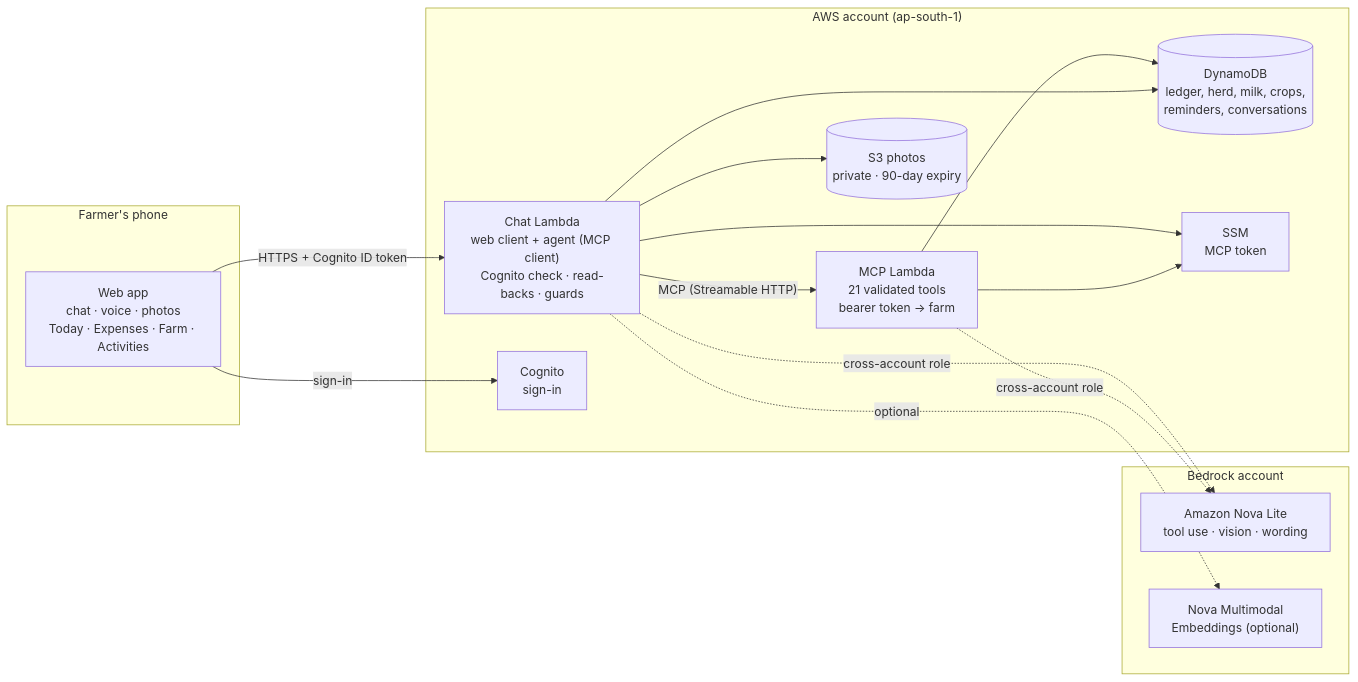
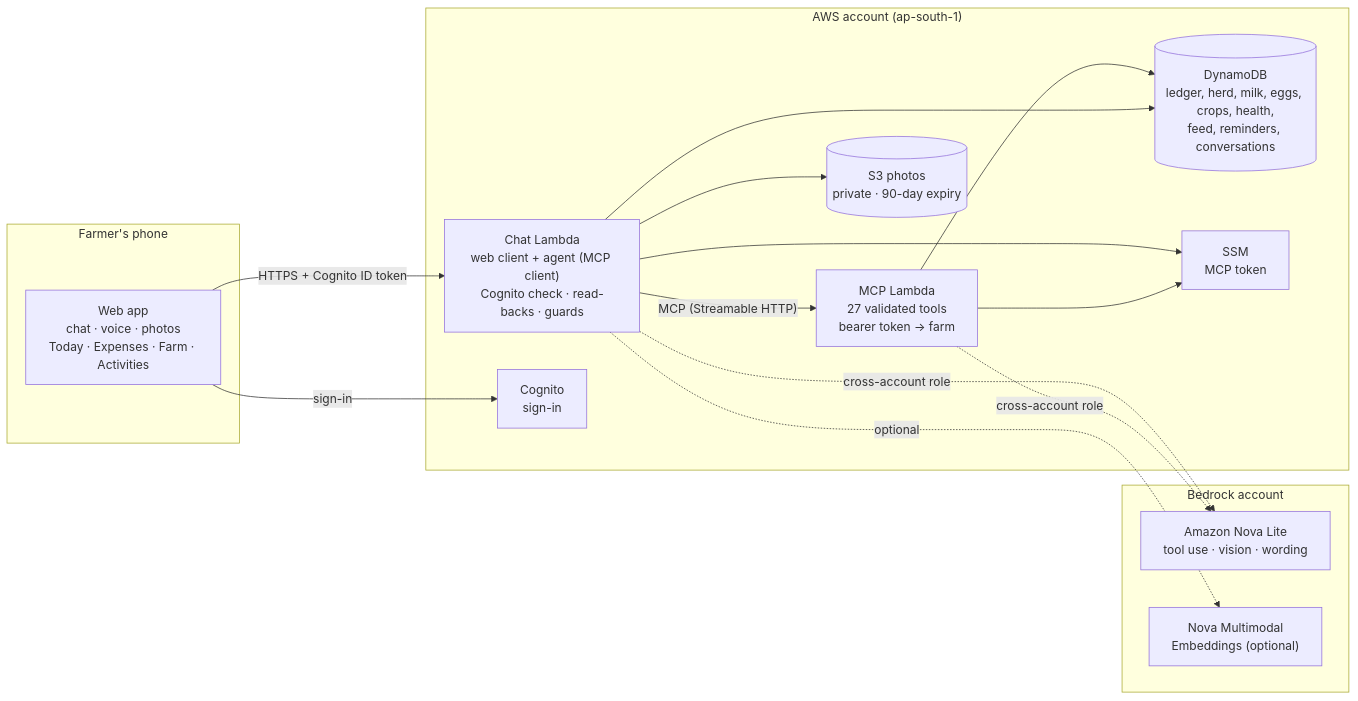
One commit to PAVANKUMAR0701/farmassist-agent changed the diagram in README.md. Above: the diagram before and after it, drawn with Mermaid. The commit also changed other lines of this file and 3 other files, not shown here.

````diff
--- a/README.md
+++ b/README.md
@@ -28,29 +34,29 @@
 ```mermaid
 flowchart LR
   subgraph Phone["Farmer's phone"]
     W["Web app<br/>chat · voice · photos<br/>Today · Expenses · Farm · Activities"]
   end
   subgraph AWS["AWS account (ap-south-1)"]
     C["Chat Lambda<br/>web client + agent (MCP client)<br/>Cognito check · read-backs · guards"]
-    M["MCP Lambda<br/>21 validated tools<br/>bearer token → farm"]
-    D[("DynamoDB<br/>ledger, herd, milk, crops,<br/>reminders, conversations")]
+    M["MCP Lambda<br/>27 validated tools<br/>bearer token → farm"]
+    D[("DynamoDB<br/>ledger, herd, milk, eggs, crops, health,<br/>feed, reminders, conversations")]
     S[("S3 photos<br/>private · 90-day expiry")]
     G["Cognito<br/>sign-in"]
     P["SSM<br/>MCP token"]
   end
   subgraph BR["Bedrock account"]
     N["Amazon Nova Lite<br/>tool use · vision · wording"]
     E["Nova Multimodal<br/>Embeddings (optional)"]
   end
   W -- "HTTPS + Cognito ID token" --> C
   W -- sign-in --> G
   C -- "MCP (Streamable HTTP)" --> M
   M --> D
   C --> D
   C --> S
   C -. "cross-account role" .-> N
   M -. "cross-account role" .-> N
   C -. optional .-> E
   C --> P
   M --> P
 ```
````
